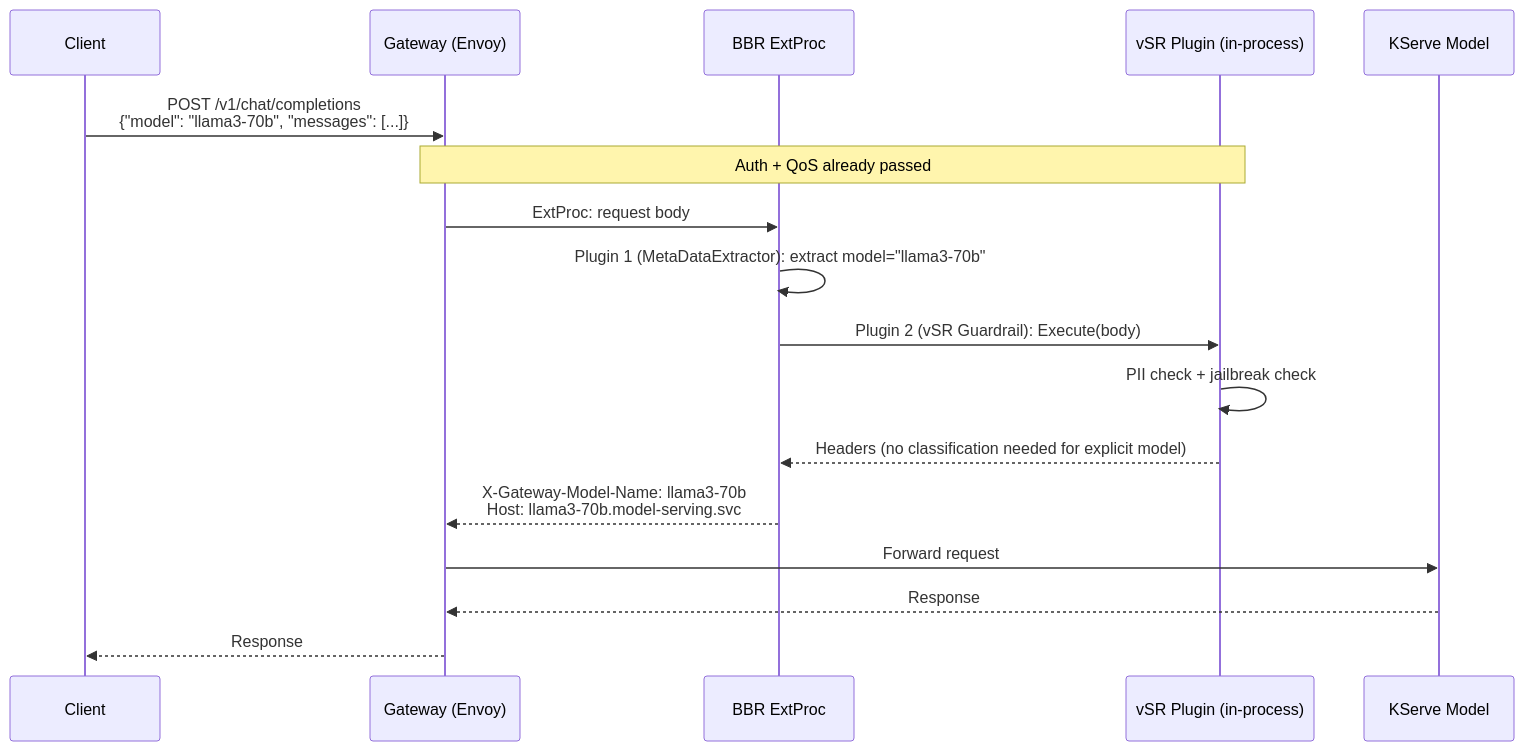
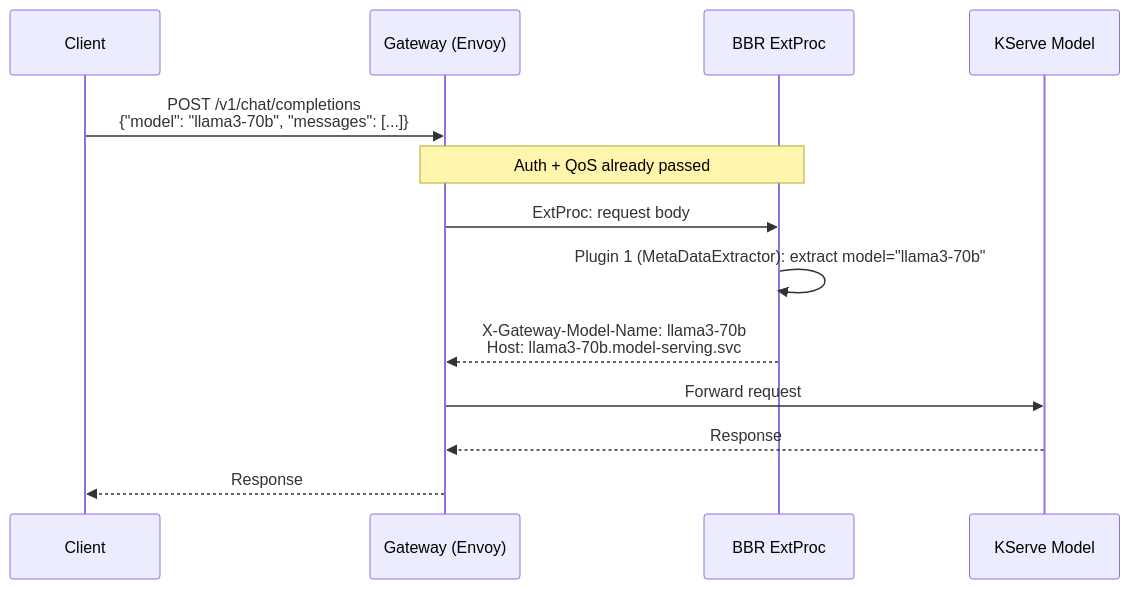
The second of 2 diagrams in vsr-maas-integration/phase-1-design-v1.2.md (noyitz/maas-designs), drawn with Mermaid before and after one commit. The commit also changed other lines of this file, not shown here.

````diff
--- a/vsr-maas-integration/phase-1-design-v1.2.md
+++ b/vsr-maas-integration/phase-1-design-v1.2.md
@@ -220,22 +225,18 @@
 ```mermaid
 sequenceDiagram
     participant Client
     participant Gateway as Gateway (Envoy)
     participant BBR as BBR ExtProc
-    participant vSRPlugin as vSR Plugin (in-process)
     participant KServe as KServe Model
 
     Client->>Gateway: POST /v1/chat/completions<br/>{"model": "llama3-70b", "messages": [...]}
 
-    Note over Gateway,vSRPlugin: Auth + QoS already passed
+    Note over Gateway,BBR: Auth + QoS already passed
     Gateway->>BBR: ExtProc: request body
     BBR->>BBR: Plugin 1 (MetaDataExtractor): extract model="llama3-70b"
-    BBR->>vSRPlugin: Plugin 2 (vSR Guardrail): Execute(body)
-    vSRPlugin->>vSRPlugin: PII check + jailbreak check
-    vSRPlugin-->>BBR: Headers (no classification needed for explicit model)
     BBR-->>Gateway: X-Gateway-Model-Name: llama3-70b<br/>Host: llama3-70b.model-serving.svc
 
     Gateway->>KServe: Forward request
     KServe-->>Gateway: Response
     Gateway-->>Client: Response
 ```
````
